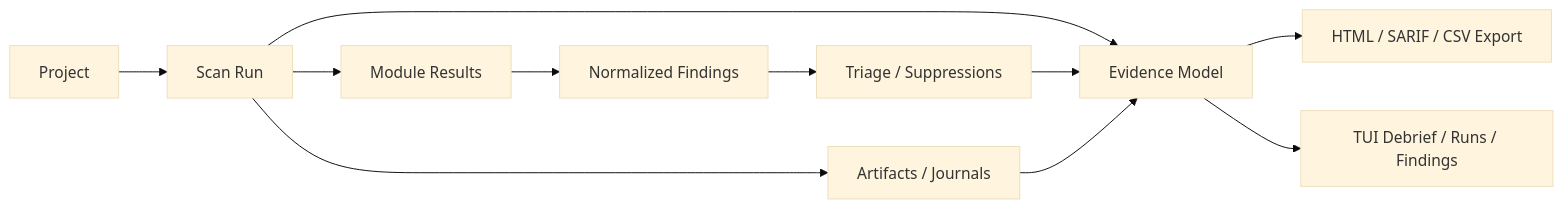
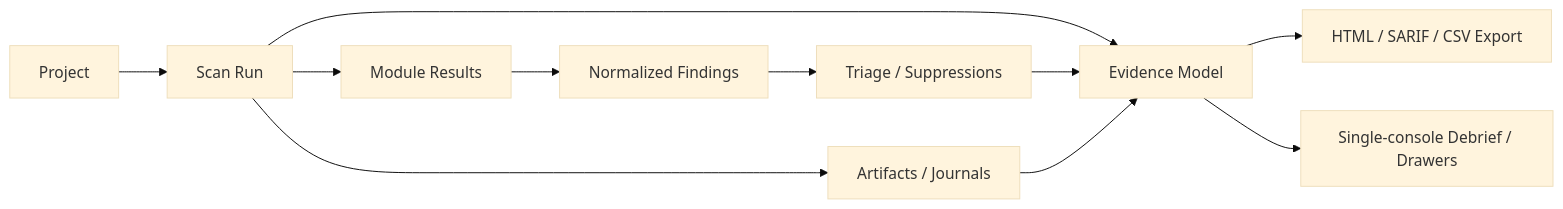
Before and after one commit to batu3384/ironsentinel: the diagram in docs/architecture.md, drawn with Mermaid (base theme). The commit also changed other lines of this file and 31 other files, not shown here.

Commit message:
feat: ship single-console redesign on main

````diff
--- a/docs/architecture.md
+++ b/docs/architecture.md
@@ -178,13 +184,13 @@
 ```mermaid
 flowchart LR
   P["Project"] --> R["Scan Run"]
   R --> M["Module Results"]
   M --> F["Normalized Findings"]
   R --> A["Artifacts / Journals"]
   F --> T["Triage / Suppressions"]
   R --> E["Evidence Model"]
   T --> E
   A --> E
   E --> X["HTML / SARIF / CSV Export"]
-  E --> U["TUI Debrief / Runs / Findings"]
+  E --> U["Single-console Debrief / Drawers"]
 ```
````
